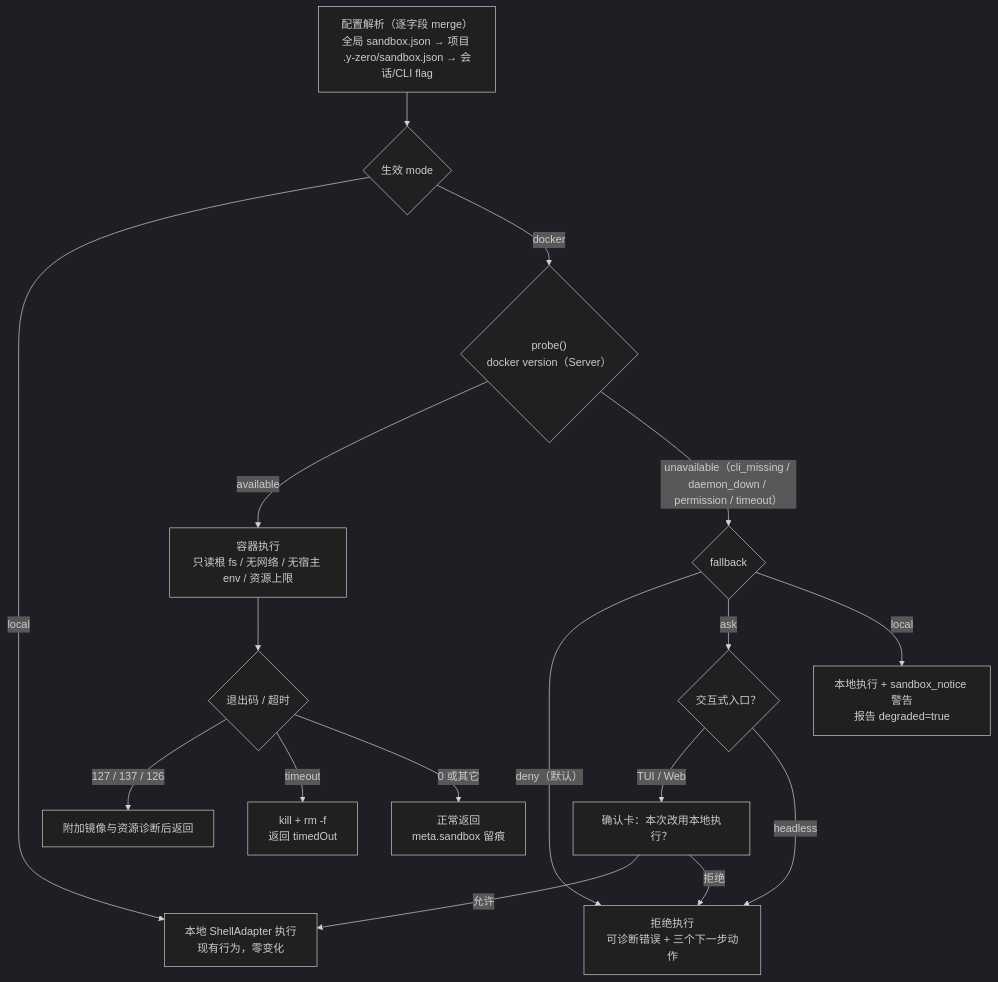
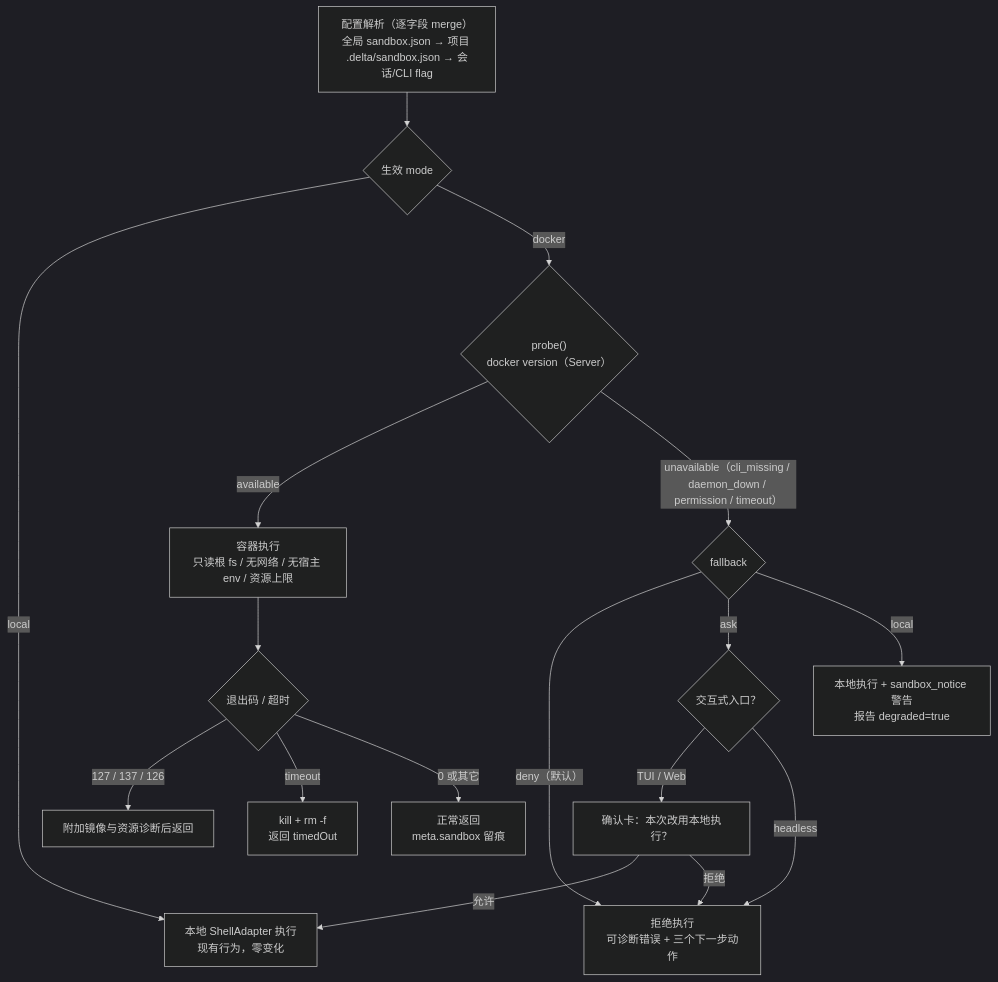
One commit to lwly/delta-agent changed the diagram in docs/prd-f30-container-sandbox.md. Above: the diagram before and after it, drawn with Mermaid (dark theme). The commit also changed other lines of this file and 175 other files, not shown here.

First line of the commit message:
refactor!: 更名 y-zero-agent → delta-agent

````diff
--- a/docs/prd-f30-container-sandbox.md
+++ b/docs/prd-f30-container-sandbox.md
@@ -240,19 +240,19 @@
 ```mermaid
 flowchart TD
-    A["配置解析（逐字段 merge）<br/>全局 sandbox.json → 项目 .y-zero/sandbox.json → 会话/CLI flag"] --> B{"生效 mode"}
+    A["配置解析（逐字段 merge）<br/>全局 sandbox.json → 项目 .delta/sandbox.json → 会话/CLI flag"] --> B{"生效 mode"}
     B -->|local| L["本地 ShellAdapter 执行<br/>现有行为，零变化"]
     B -->|docker| C{"probe()<br/>docker version（Server）"}
     C -->|available| R["容器执行<br/>只读根 fs / 无网络 / 无宿主 env / 资源上限"]
     C -->|"unavailable（cli_missing / daemon_down / permission / timeout）"| F{"fallback"}
     F -->|"deny（默认）"| D["拒绝执行<br/>可诊断错误 + 三个下一步动作"]
     F -->|ask| Q{"交互式入口？"}
     Q -->|"TUI / Web"| Q1["确认卡：本次改用本地执行？"]
     Q -->|headless| D
     Q1 -->|允许| L
     Q1 -->|拒绝| D
     F -->|local| L2["本地执行 + sandbox_notice 警告<br/>报告 degraded=true"]
     R --> R1{"退出码 / 超时"}
     R1 -->|"127 / 137 / 126"| R2["附加镜像与资源诊断后返回"]
     R1 -->|timeout| R3["kill + rm -f<br/>返回 timedOut"]
     R1 -->|0 或其它| R4["正常返回<br/>meta.sandbox 留痕"]
 ```
````
